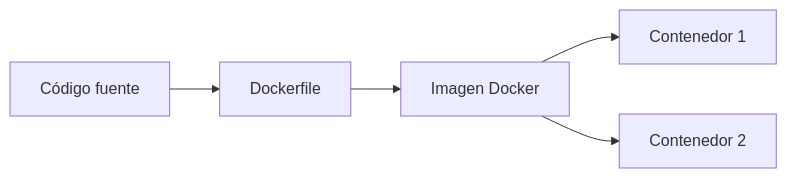
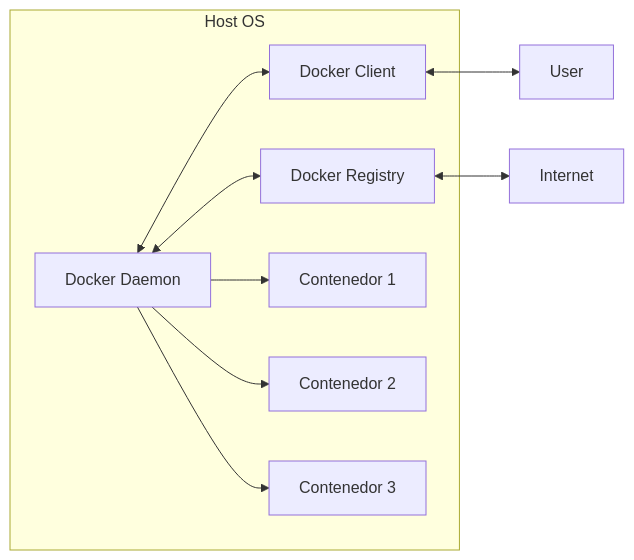
One commit to n1krov/red_vault changed the second of 3 diagrams in apuntes/Docker/docker.md. Above: the diagram before and after it, drawn with Mermaid. The commit also changed other lines of this file and 3 other files, not shown here.

````diff
--- a/apuntes/Docker/docker.md
+++ b/apuntes/Docker/docker.md
@@ -61,7 +73,13 @@
 ```mermaid
-graph LR
-A[Código fuente] --> B[Dockerfile]
-B --> C[Imagen Docker]
-C --> D[Contenedor 1]
-C --> E[Contenedor 2]
+flowchart LR
+    subgraph Host OS
+        A[Docker Daemon] <--> B[Docker Client]
+        A <--> C[Docker Registry]
+        A --> D[Contenedor 1]
+        A --> E[Contenedor 2]
+        A --> F[Contenedor 3]
+    end
+    
+    B <--> User
+    C <--> Internet
 ```
````
